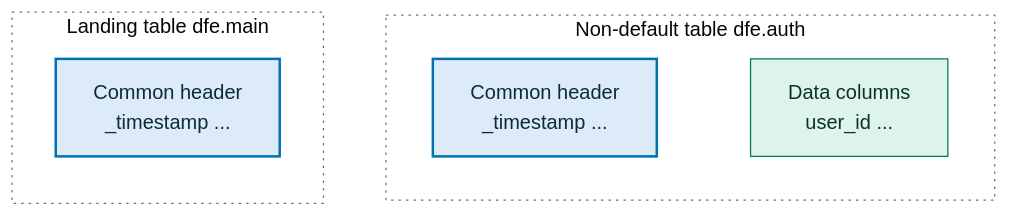
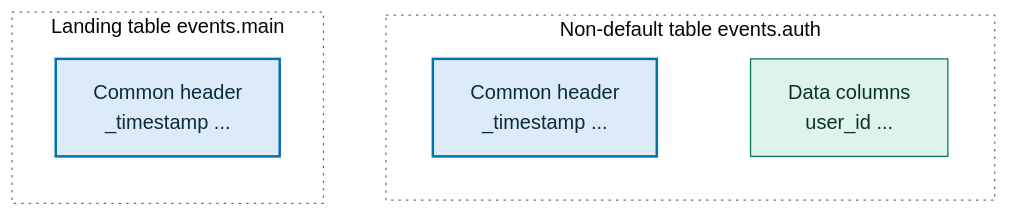
The sixth of 8 diagrams in style/diagram-templates.md (hyperi-io/merrow), drawn with Mermaid (base theme) before and after one commit. The commit also changed other lines of this file and 28 other files, not shown here.

````diff
--- a/style/diagram-templates.md
+++ b/style/diagram-templates.md
@@ -184,26 +184,26 @@
 ```mermaid
 flowchart LR
     accTitle: L4 Detail -- Common header against a complete table schema
-    accDescr: The landing table dfe.main holds the common header alone. Every other table, such as dfe.auth, holds the same common header plus its data columns.
+    accDescr: The landing table events.main holds the common header alone. Every other table, such as events.auth, holds the same common header plus its data columns.
 
-    subgraph landing["Landing table dfe.main"]
+    subgraph landing["Landing table events.main"]
         h1["Common header<br/>_timestamp ..."]
     end
 
-    subgraph other["Non-default table dfe.auth"]
+    subgraph other["Non-default table events.auth"]
         direction LR
         h2["Common header<br/>_timestamp ..."]
         d2["Data columns<br/>user_id ..."]
         h2 ~~~ d2
     end
 
     landing ~~~ other
 
     classDef default fill:#F8FAFC,stroke:#64748B,stroke-width:1px,color:#0F172A
     classDef core fill:#DCEBF7,stroke:#0072B2,stroke-width:2px,color:#0B2A3F
     classDef store fill:#DDF3EC,stroke:#00785A,stroke-width:1px,color:#0B3327
     classDef group fill:none,stroke:#64748B,stroke-width:1px,stroke-dasharray:2 4
     class h1,h2 core
     class d2 store
     class landing,other group
 ```
````
